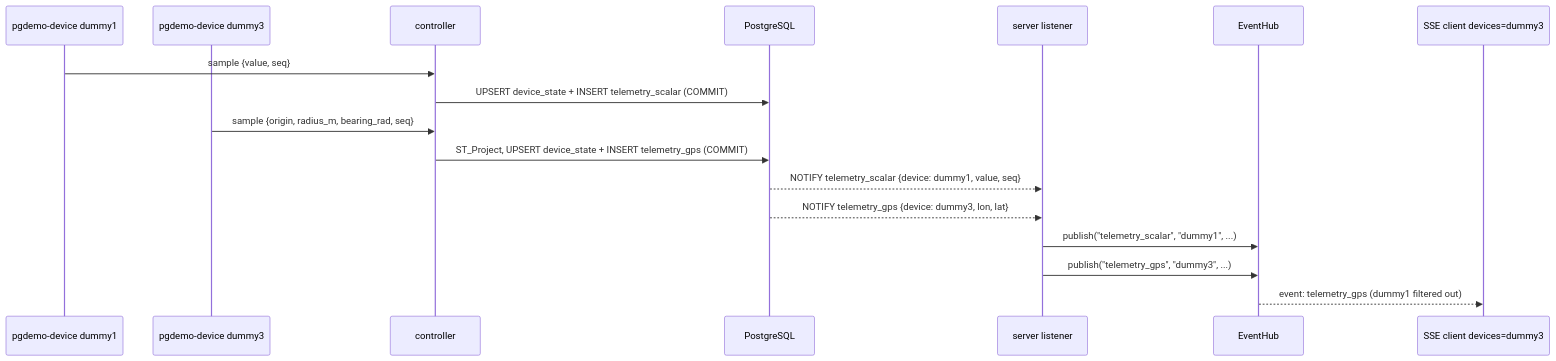
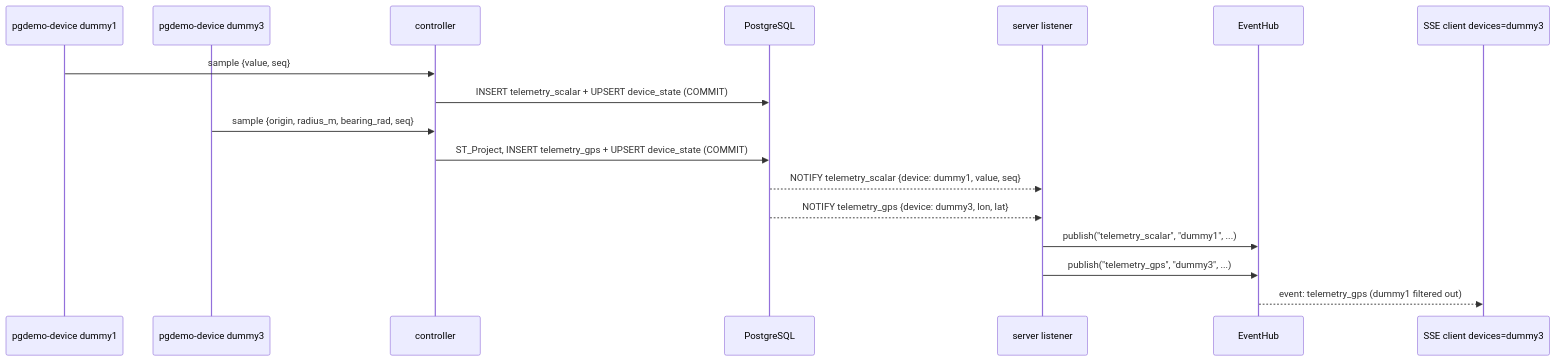
Before and after one commit to jgmatu/postgresql: the second of 5 diagrams in docs/ARCHITECTURE.md, drawn with Mermaid. The commit also changed other lines of this file and 44 other files, not shown here.

````diff
--- a/docs/ARCHITECTURE.md
+++ b/docs/ARCHITECTURE.md
@@ -96,19 +96,19 @@
 ```mermaid
 sequenceDiagram
     participant P1 as pgdemo-device dummy1
     participant P3 as pgdemo-device dummy3
     participant C as controller
     participant PG as PostgreSQL
     participant L as server listener
     participant H as EventHub
     participant B as SSE client devices=dummy3
     P1->>C: sample {value, seq}
-    C->>PG: UPSERT device_state + INSERT telemetry_scalar (COMMIT)
+    C->>PG: INSERT telemetry_scalar + UPSERT device_state (COMMIT)
     P3->>C: sample {origin, radius_m, bearing_rad, seq}
-    C->>PG: ST_Project, UPSERT device_state + INSERT telemetry_gps (COMMIT)
+    C->>PG: ST_Project, INSERT telemetry_gps + UPSERT device_state (COMMIT)
     PG-->>L: NOTIFY telemetry_scalar {device: dummy1, value, seq}
     PG-->>L: NOTIFY telemetry_gps {device: dummy3, lon, lat}
     L->>H: publish("telemetry_scalar", "dummy1", ...)
     L->>H: publish("telemetry_gps", "dummy3", ...)
     H-->>B: event: telemetry_gps (dummy1 filtered out)
 ```
````
